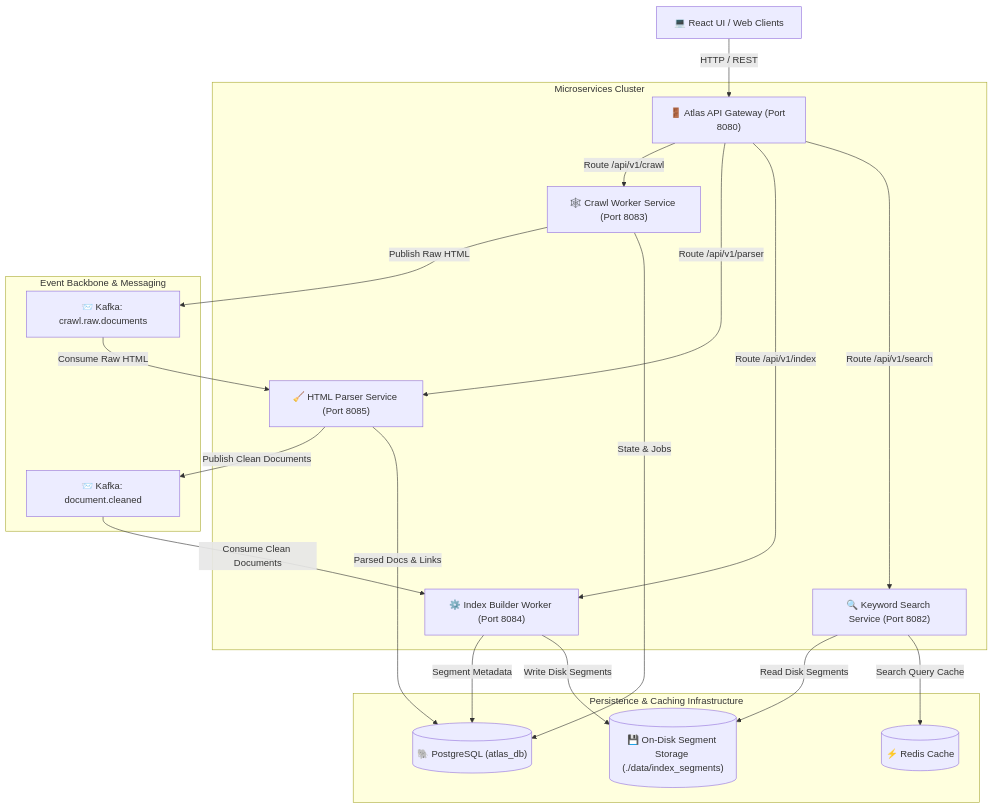
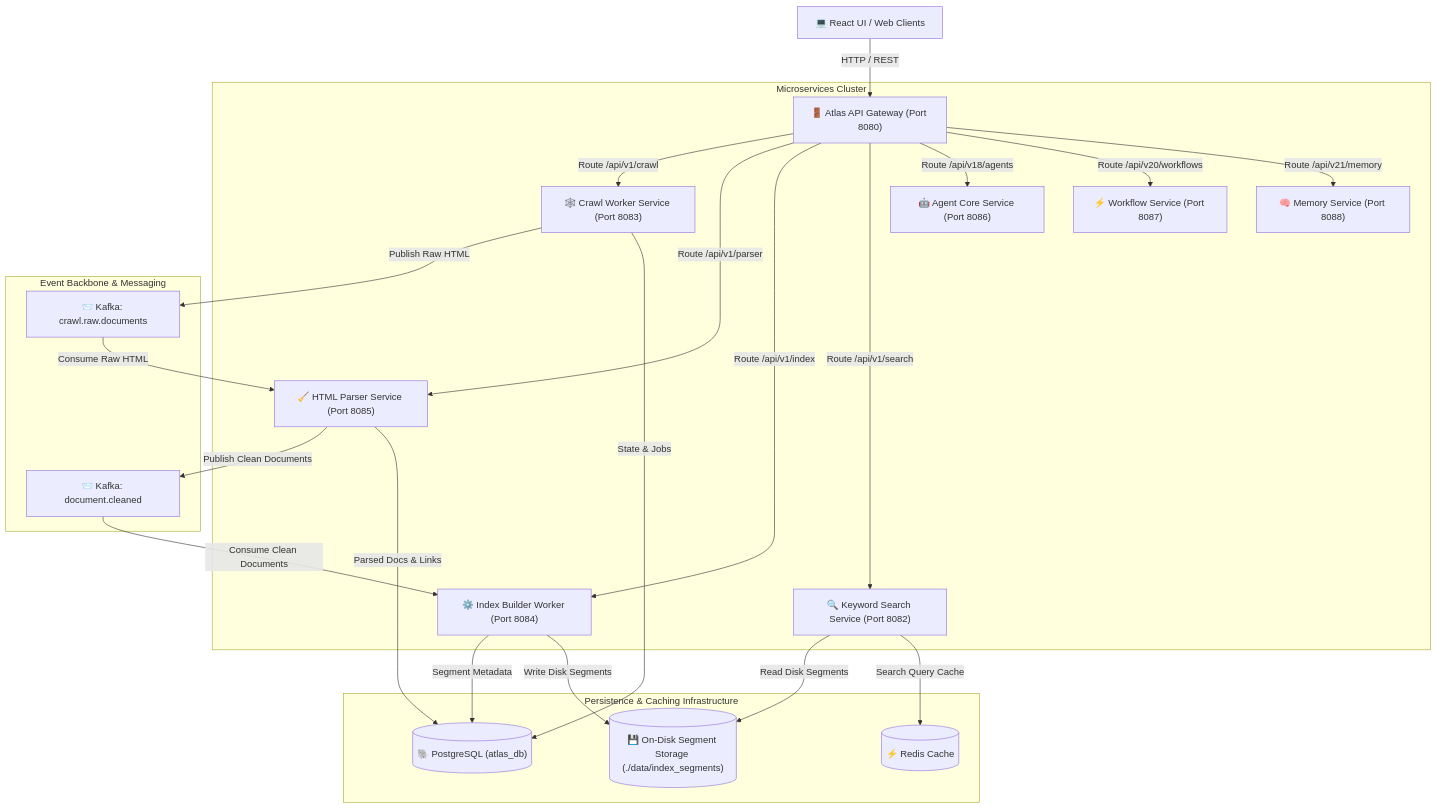
One commit to AnoopNadagouda/Atlas changed the first of 5 diagrams in README.md. Above: the diagram before and after it, drawn with Mermaid. The commit also changed 59 other files, not shown here.

````diff
--- a/README.md
+++ b/README.md
@@ -22,27 +22,30 @@
 ```mermaid
 graph TD
     Client["💻 React UI / Web Clients"] -->|HTTP / REST| Gateway["🚪 Atlas API Gateway (Port 8080)"]
     
     subgraph "Microservices Cluster"
         Gateway -->|Route /api/v1/crawl| Crawler["🕸️ Crawl Worker Service (Port 8083)"]
         Gateway -->|Route /api/v1/parser| Parser["🧹 HTML Parser Service (Port 8085)"]
         Gateway -->|Route /api/v1/index| Indexer["⚙️ Index Builder Worker (Port 8084)"]
         Gateway -->|Route /api/v1/search| Search["🔍 Keyword Search Service (Port 8082)"]
+        Gateway -->|Route /api/v18/agents| Agent["🤖 Agent Core Service (Port 8086)"]
+        Gateway -->|Route /api/v20/workflows| Workflow["⚡ Workflow Service (Port 8087)"]
+        Gateway -->|Route /api/v21/memory| Memory["🧠 Memory Service (Port 8088)"]
     end
 
     subgraph "Event Backbone & Messaging"
         Crawler -->|Publish Raw HTML| K1["📨 Kafka: crawl.raw.documents"]
         K1 -->|Consume Raw HTML| Parser
         Parser -->|Publish Clean Documents| K2["📨 Kafka: document.cleaned"]
         K2 -->|Consume Clean Documents| Indexer
     end
 
     subgraph "Persistence & Caching Infrastructure"
         Crawler -->|State & Jobs| DB[("🐘 PostgreSQL (atlas_db)")]
         Parser -->|Parsed Docs & Links| DB
         Indexer -->|Segment Metadata| DB
         Indexer -->|Write Disk Segments| Disk[("💾 On-Disk Segment Storage (./data/index_segments)")]
         Search -->|Read Disk Segments| Disk
         Search -->|Search Query Cache| Redis[("⚡ Redis Cache")]
     end
 ```
````
